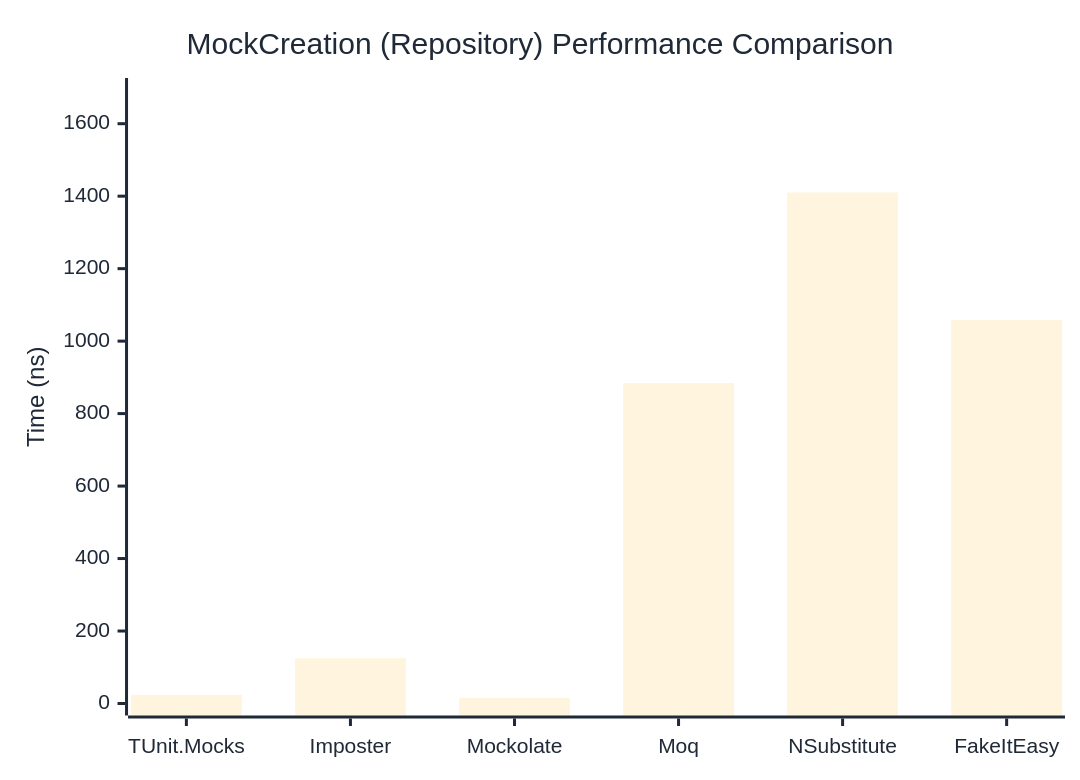
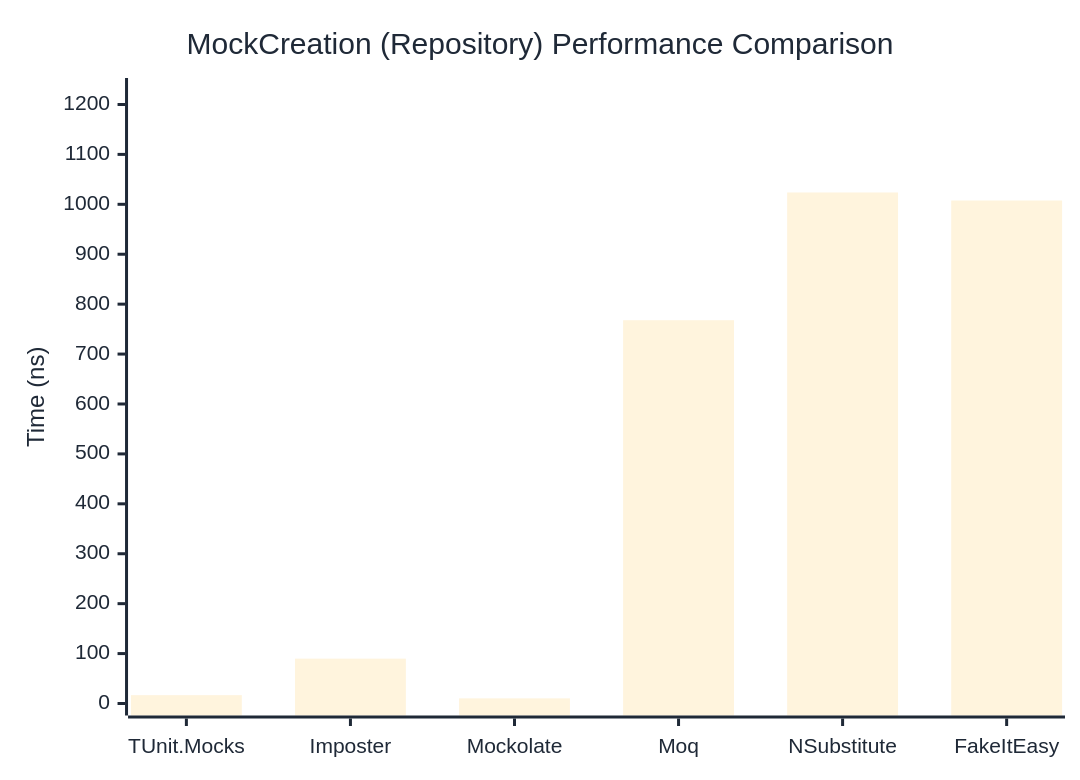
One commit to thomhurst/TUnit changed the second of 2 diagrams in docs/docs/benchmarks/mocks/MockCreation.md. Above: the diagram before and after it, drawn with Mermaid. The commit also changed other lines of this file and 14 other files, not shown here.

````diff
--- a/docs/docs/benchmarks/mocks/MockCreation.md
+++ b/docs/docs/benchmarks/mocks/MockCreation.md
@@ -71,27 +71,27 @@
 ```mermaid
 %%{init: {
   'theme':'base',
   'themeVariables': {
     'primaryColor': '#2563eb',
     'primaryTextColor': '#1f2937',
     'primaryBorderColor': '#1e40af',
     'lineColor': '#6b7280',
     'secondaryColor': '#7c3aed',
     'tertiaryColor': '#dc2626',
     'background': '#ffffff',
     'pie1': '#2563eb',
     'pie2': '#7c3aed',
     'pie3': '#dc2626',
     'pie4': '#f59e0b',
     'pie5': '#10b981',
     'pie6': '#06b6d4',
     'pie7': '#ec4899',
     'pie8': '#6366f1'
   }
 }}%%
 xychart-beta
   title "MockCreation (Repository) Performance Comparison"
   x-axis ["TUnit.Mocks", "Imposter", "Mockolate", "Moq", "NSubstitute", "FakeItEasy"]
-  y-axis "Time (ns)" 0 --> 1693
-  bar [23.9, 124.96, 15.09, 884.15, 1410.13, 1058.33]
+  y-axis "Time (ns)" 0 --> 1229
+  bar [16.732, 89.863, 10.321, 767.825, 1023.728, 1007.63]
 ```
````
